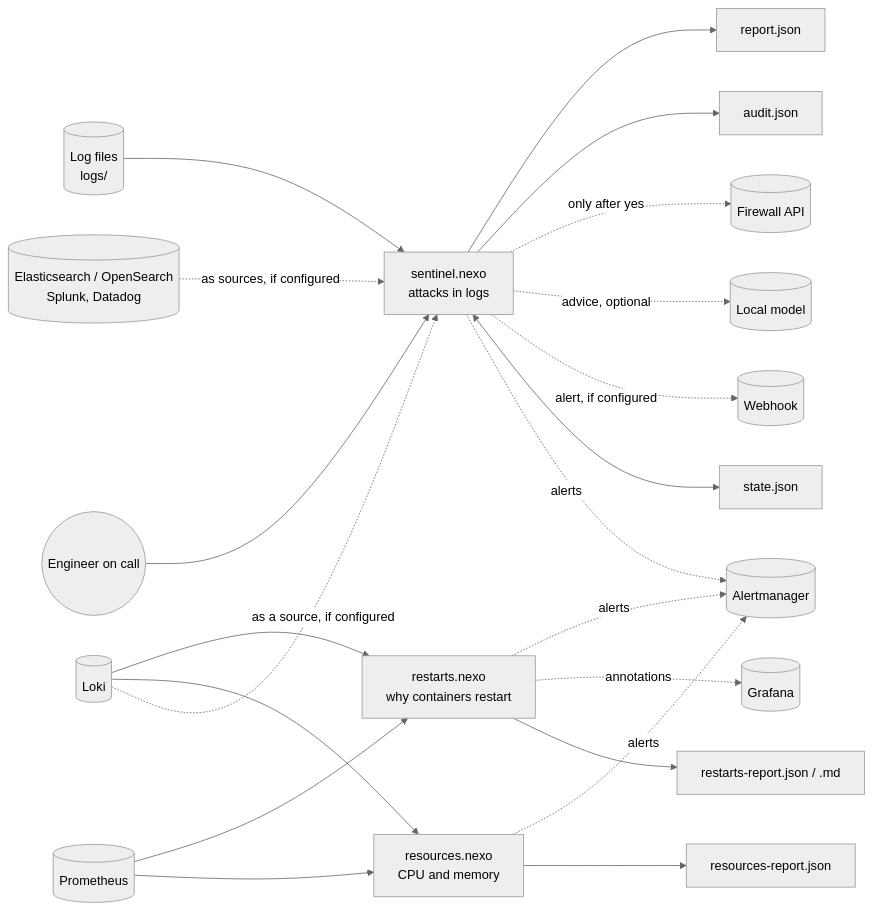
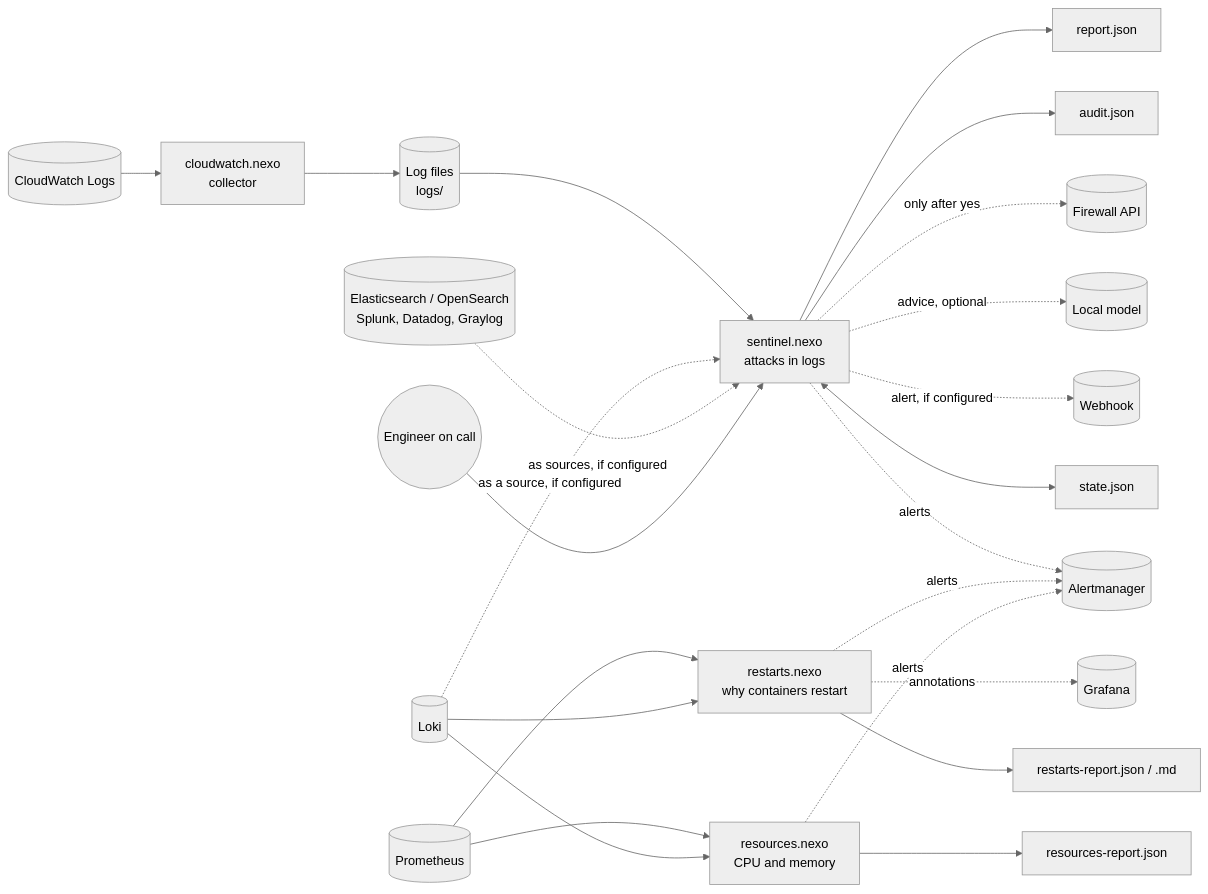
Before and after one commit to marcrabadan/nexo: the first of 3 diagrams in examples/sentinel/ARCHITECTURE.md, drawn with Mermaid (neutral theme). The commit also changed other lines of this file and 9 other files, not shown here.

First line of the commit message:
Sentinel: Graylog as a source and a collector for CloudWatch Logs

````diff
--- a/examples/sentinel/ARCHITECTURE.md
+++ b/examples/sentinel/ARCHITECTURE.md
@@ -8,23 +8,24 @@
 ```mermaid
 flowchart LR
     logs[(Log files<br>logs/)] --> sentinel
     prom[(Prometheus)] --> restarts
     prom --> resources
     loki[(Loki)] --> restarts
     loki --> resources
     sentinel[sentinel.nexo<br>attacks in logs] --> report[report.json]
     sentinel --> audit[audit.json]
     sentinel -. only after yes .-> firewall[(Firewall API)]
     sentinel -. advice, optional .-> model[(Local model)]
     sentinel -. alert, if configured .-> hook[(Webhook)]
     sentinel <--> state[state.json]
     loki -. as a source, if configured .-> sentinel
-    others[(Elasticsearch / OpenSearch<br>Splunk, Datadog)] -. as sources, if configured .-> sentinel
+    others[(Elasticsearch / OpenSearch<br>Splunk, Datadog, Graylog)] -. as sources, if configured .-> sentinel
+    cw[(CloudWatch Logs)] --> cloudwatch[cloudwatch.nexo<br>collector] --> logs
     sentinel -. alerts .-> am[(Alertmanager)]
     restarts -. alerts .-> am
     resources -. alerts .-> am
     restarts -. annotations .-> grafana[(Grafana)]
     restarts[restarts.nexo<br>why containers restart] --> rr[restarts-report.json / .md]
     resources[resources.nexo<br>CPU and memory] --> res[resources-report.json]
     person((Engineer on call)) --> sentinel
 ```
````
